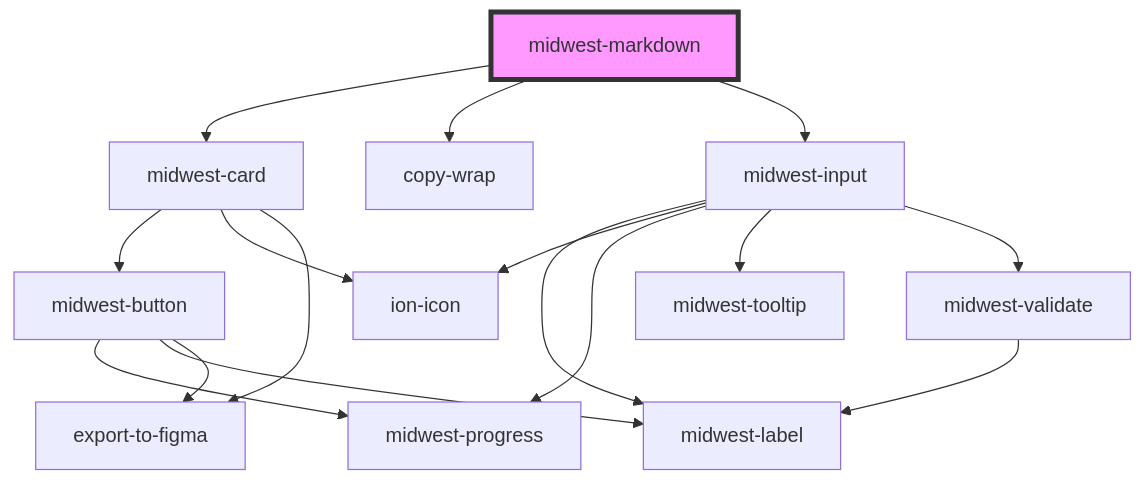
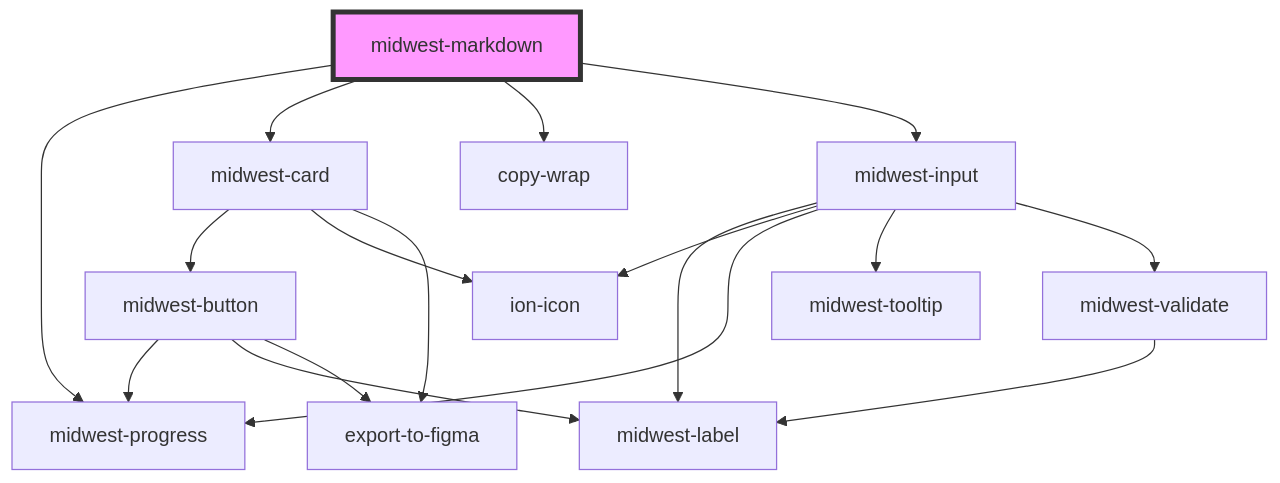
The diagram in packages/helpers/docs/components/markdown/readme.md (splitinfinities/Midwest), drawn with Mermaid before and after one commit. The commit also changed other lines of this file and 17 other files, not shown here.

````diff
--- a/packages/helpers/docs/components/markdown/readme.md
+++ b/packages/helpers/docs/components/markdown/readme.md
@@ -48,19 +50,20 @@
 ```mermaid
 graph TD;
+  midwest-markdown --> midwest-progress
   midwest-markdown --> midwest-card
   midwest-markdown --> copy-wrap
   midwest-markdown --> midwest-input
   midwest-card --> midwest-button
   midwest-card --> ion-icon
   midwest-card --> export-to-figma
   midwest-button --> midwest-progress
   midwest-button --> midwest-label
   midwest-button --> export-to-figma
   midwest-input --> midwest-label
   midwest-input --> ion-icon
   midwest-input --> midwest-progress
   midwest-input --> midwest-tooltip
   midwest-input --> midwest-validate
   midwest-validate --> midwest-label
   style midwest-markdown fill:#f9f,stroke:#333,stroke-width:4px
 ```
````
